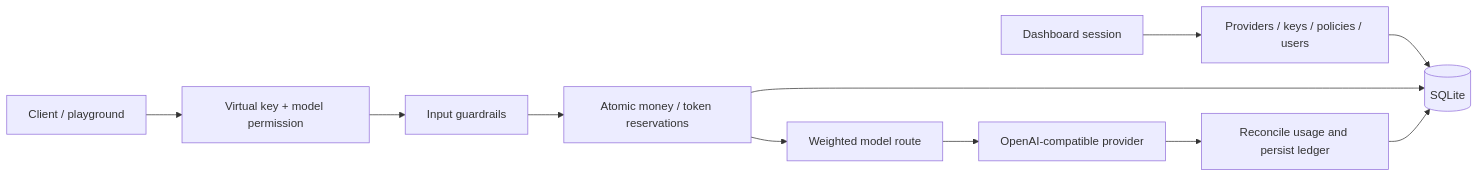
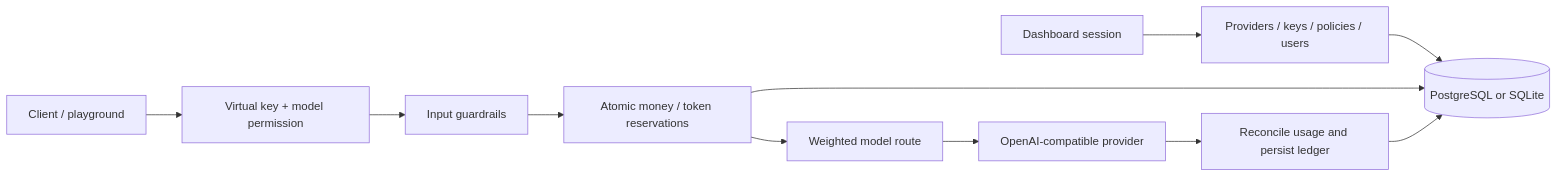
Before and after one commit to younesh11/gate-llm: the diagram in docs/ARCHITECTURE.md, drawn with Mermaid. The commit also changed other lines of this file and 33 other files, not shown here.

Commit message:
Integrate PostgreSQL application storage and Docker setup

````diff
--- a/docs/ARCHITECTURE.md
+++ b/docs/ARCHITECTURE.md
@@ -3,13 +3,13 @@
 ```mermaid
 flowchart LR
   Client[Client / playground] --> Auth[Virtual key + model permission]
   Auth --> Guard[Input guardrails]
   Guard --> Quota[Atomic money / token reservations]
   Quota --> Route[Weighted model route]
   Route --> Provider[OpenAI-compatible provider]
   Provider --> Usage[Reconcile usage and persist ledger]
   Admin[Dashboard session] --> Config[Providers / keys / policies / users]
-  Config --> DB[(SQLite)]
+  Config --> DB[(PostgreSQL or SQLite)]
   Quota --> DB
   Usage --> DB
 ```
````
